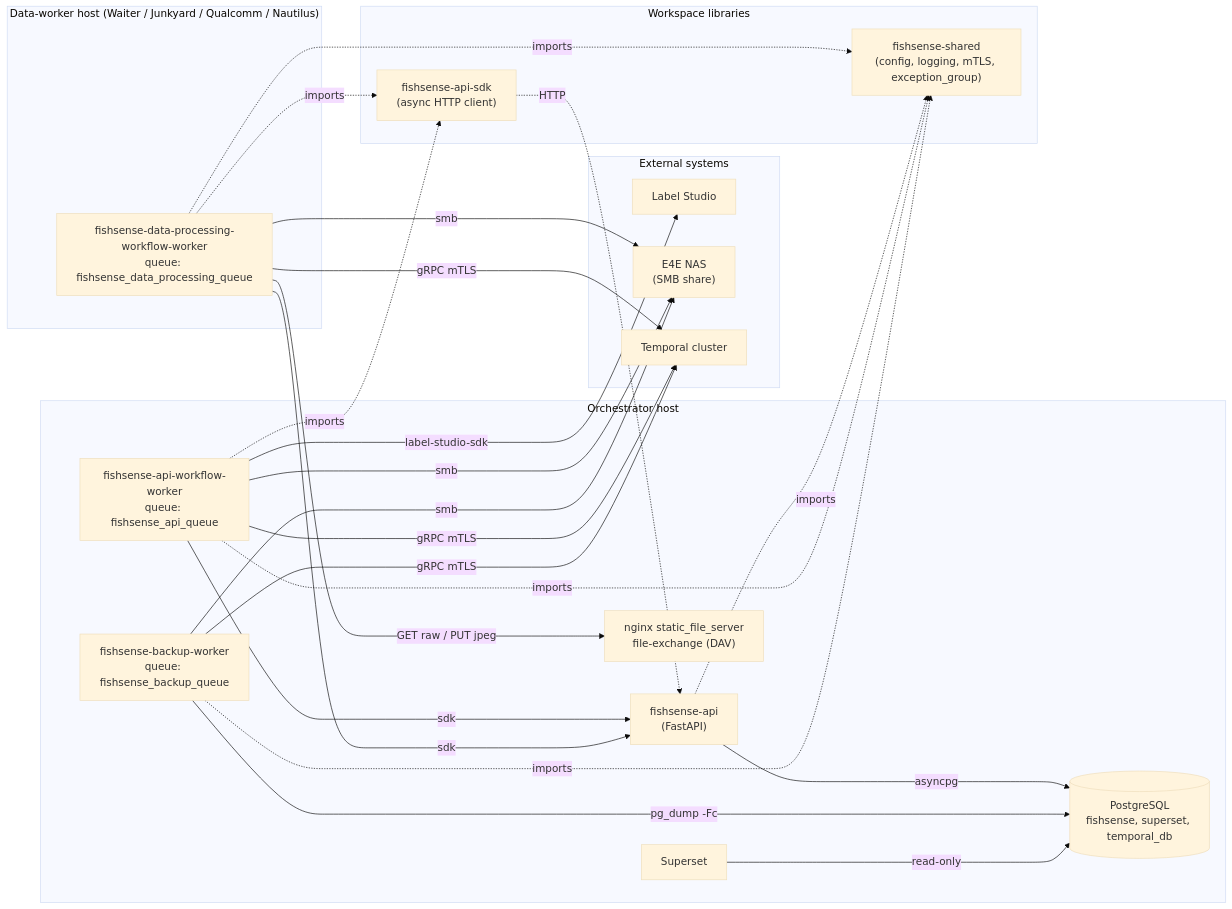
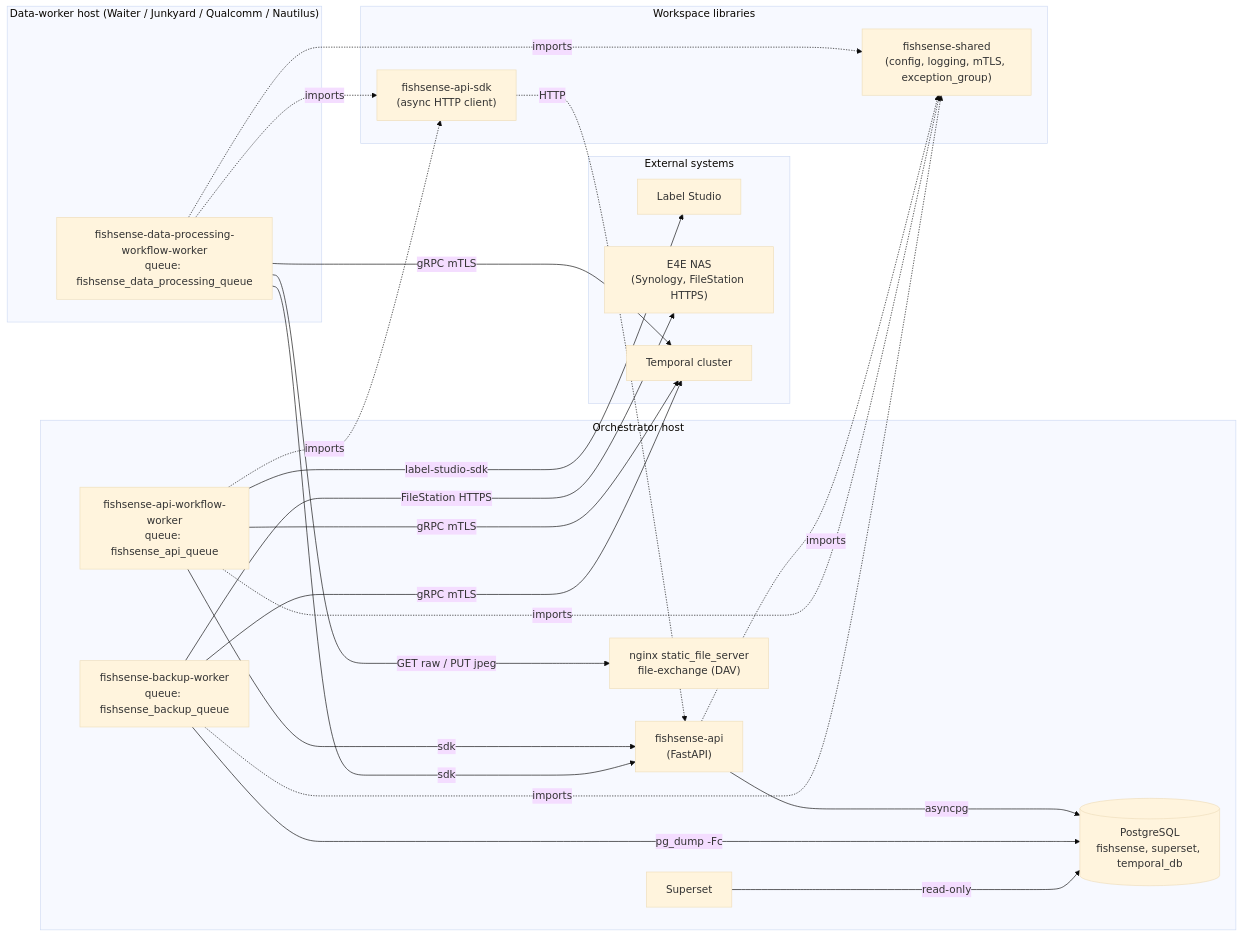
Before and after one commit to UCSD-E4E/fishsense-lite: the first of 7 diagrams in docs/diagrams.md, drawn with Mermaid (base theme).

Commit message:
fix: we do not use smb so don't include it in the diagram

````diff
--- a/docs/diagrams.md
+++ b/docs/diagrams.md
@@ -14,49 +14,47 @@
 ```mermaid
 flowchart LR
     subgraph EXT[External systems]
         LS[Label Studio]
-        NAS["E4E NAS<br/>(SMB share)"]
+        NAS["E4E NAS<br/>(Synology, FileStation HTTPS)"]
         TC["Temporal cluster"]
     end
 
     subgraph ORCH["Orchestrator host"]
         API["fishsense-api<br/>(FastAPI)"]
         APIWW["fishsense-api-workflow-worker<br/>queue: fishsense_api_queue"]
         BUW["fishsense-backup-worker<br/>queue: fishsense_backup_queue"]
         PG[("PostgreSQL<br/>fishsense, superset, temporal_db")]
         FX["nginx static_file_server<br/>file-exchange (DAV)"]
         SUP["Superset"]
     end
 
     subgraph DWHOST["Data-worker host (Waiter / Junkyard / Qualcomm / Nautilus)"]
         DPW["fishsense-data-processing-workflow-worker<br/>queue: fishsense_data_processing_queue"]
     end
 
     subgraph LIBS["Workspace libraries"]
         SHARED["fishsense-shared<br/>(config, logging, mTLS, exception_group)"]
         SDK["fishsense-api-sdk<br/>(async HTTP client)"]
     end
 
     API   --->|asyncpg| PG
     APIWW --->|sdk| API
     APIWW --->|label-studio-sdk| LS
-    APIWW --->|smb| NAS
     APIWW --->|gRPC mTLS| TC
     DPW   --->|sdk| API
-    DPW   --->|smb| NAS
     DPW   --->|gRPC mTLS| TC
     DPW   --->|GET raw / PUT jpeg| FX
     BUW   --->|pg_dump -Fc| PG
-    BUW   --->|smb| NAS
+    BUW   --->|FileStation HTTPS| NAS
     BUW   --->|gRPC mTLS| TC
     SUP   --->|read-only| PG
 
     %% Library deps (workspace)
     API   -.->|imports| SHARED
     APIWW -.->|imports| SHARED
     APIWW -.->|imports| SDK
     DPW   -.->|imports| SHARED
     DPW   -.->|imports| SDK
     BUW   -.->|imports| SHARED
     SDK   -.->|HTTP| API
 ```
````
